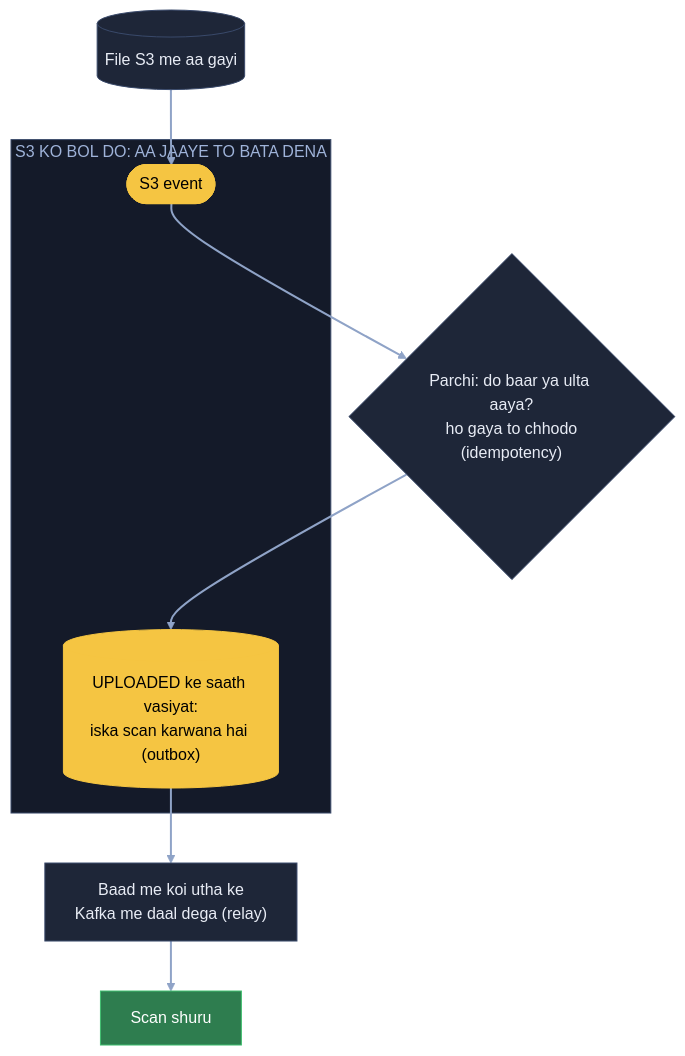
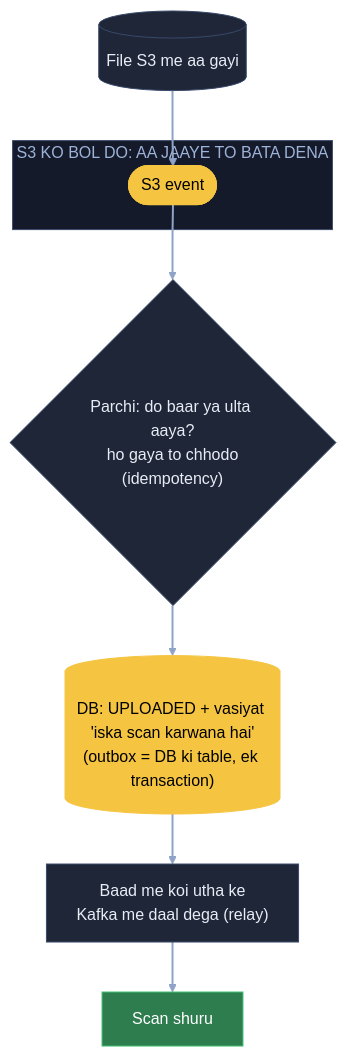
Before and after one commit to ArpanMaheshwari144/Prep: the fourth of 10 diagrams in 04_HLD/SYSTEM_DESIGNS/07_file_upload_validate_system/07_file_upload.md, drawn with Mermaid (neutral theme). The commit also changed 11 other files, not shown here.

Commit message:
Outbox = DB ki table har diagram me (file upload, BMS, Kafka, news, banking, chat) + 6 uljhi Arpan lines saaf (banking, chat, e-com, netflix, uber)

````diff
--- a/04_HLD/SYSTEM_DESIGNS/07_file_upload_validate_system/07_file_upload.md
+++ b/04_HLD/SYSTEM_DESIGNS/07_file_upload_validate_system/07_file_upload.md
@@ -210,22 +210,22 @@
 ```mermaid
 flowchart TB
     S3[("File S3 me aa gayi")]:::card
     subgraph SB["S3 KO BOL DO: AA JAAYE TO BATA DENA"]
         E(["S3 event"]):::pill
-        V[("UPLOADED ke saath vasiyat:<br/>iska scan karwana hai (outbox)")]:::pill
     end
+    V[("DB: UPLOADED + vasiyat 'iska scan karwana hai'<br/>(outbox = DB ki table, ek transaction)")]:::pill
     R["Baad me koi utha ke<br/>Kafka me daal dega (relay)"]:::card
     P{"Parchi: do baar ya ulta aaya?<br/>ho gaya to chhodo<br/>(idempotency)"}:::card
     W["Scan shuru"]:::good
     S3 --> E
     E --> P
     P --> V
     V --> R
     R --> W
     linkStyle default stroke:#8fa3c7,stroke-width:2px
     classDef card fill:#1e2638,stroke:#3a4a6b,color:#e8ecf5
     classDef pill fill:#f5c542,stroke:#f5c542,color:#000
     classDef good fill:#2e7d4f,stroke:#3fbf6f,color:#fff
     classDef bad fill:#5c1f24,stroke:#e05561,color:#fff
     style SB fill:#141a29,stroke:#3a4a6b,color:#9fb3d9
 ```
````
